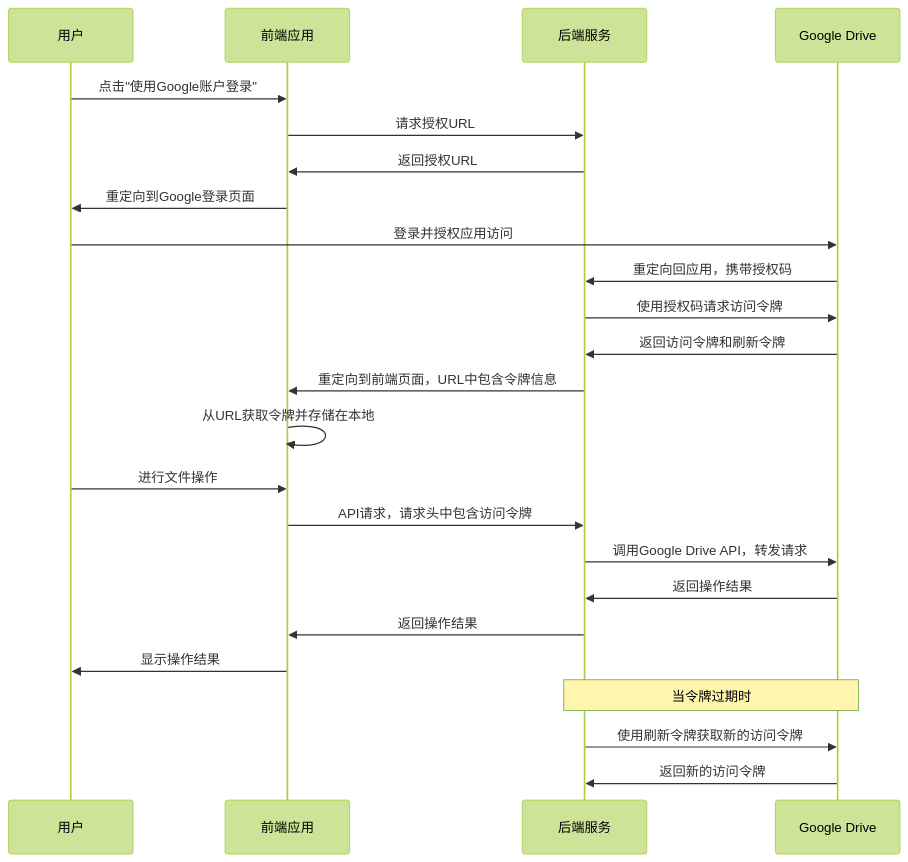
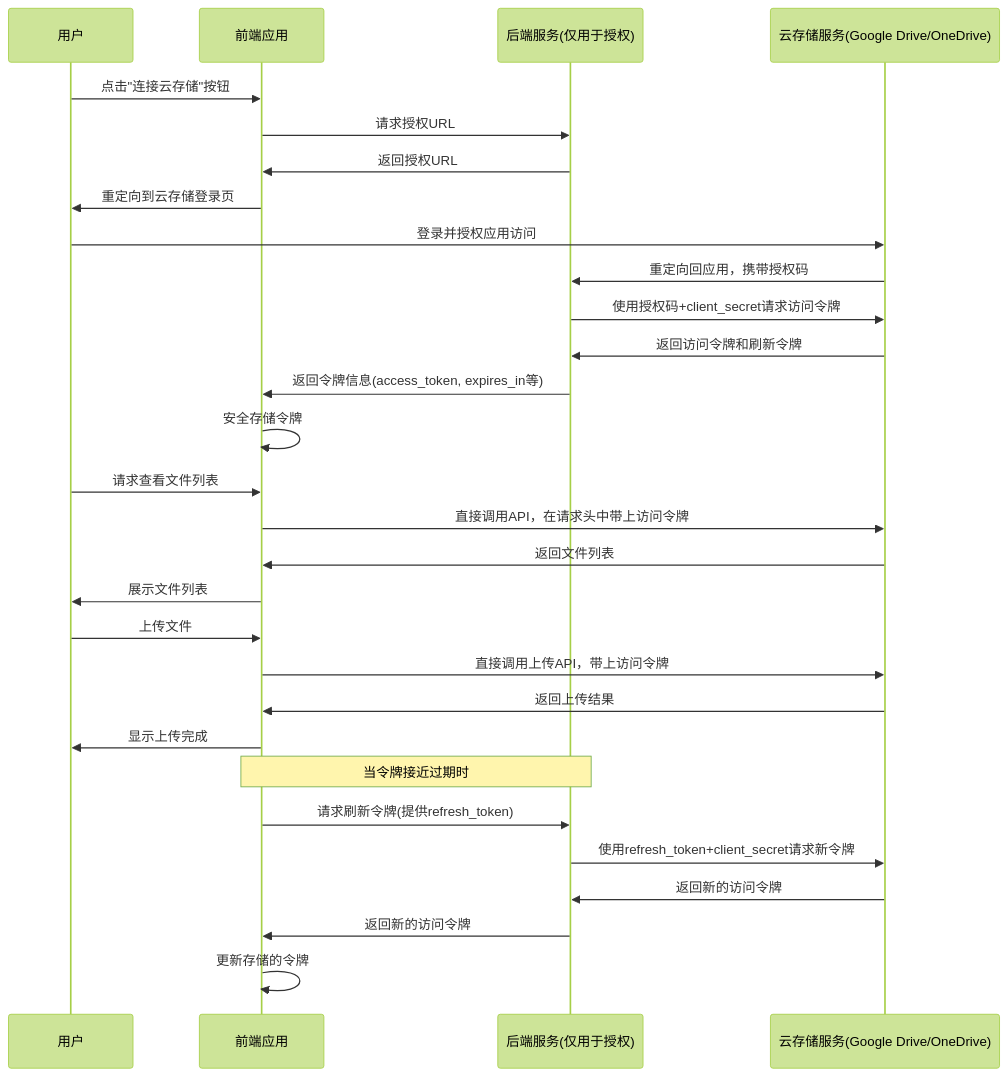
The diagram in all/未命名-40.md (yingjianzh/iodraw-files), drawn with Mermaid (forest theme) before and after one commit.

Commit message:
2025-04-23 14:50:02 update

````diff
--- a/all/未命名-40.md
+++ b/all/未命名-40.md
@@ -1,28 +1,39 @@
 ```mermaid
 sequenceDiagram
     participant 用户
     participant 前端 as 前端应用
-    participant 后端 as 后端服务
-    participant GD as Google Drive
+    participant 后端 as 后端服务(仅用于授权)
+    participant 云存储 as 云存储服务(Google Drive/OneDrive)
 
-    用户->>前端: 点击"使用Google账户登录"
+    %% 授权阶段 - 需要后端配合
+    用户->>前端: 点击"连接云存储"按钮
     前端->>后端: 请求授权URL
     后端->>前端: 返回授权URL
-    前端->>用户: 重定向到Google登录页面
-    用户->>GD: 登录并授权应用访问
-    GD->>后端: 重定向回应用，携带授权码
-    后端->>GD: 使用授权码请求访问令牌
-    GD->>后端: 返回访问令牌和刷新令牌
-    后端->>前端: 重定向到前端页面，URL中包含令牌信息
-    前端->>前端: 从URL获取令牌并存储在本地
-    用户->>前端: 进行文件操作
-    前端->>后端: API请求，请求头中包含访问令牌
-    后端->>GD: 调用Google Drive API，转发请求
-    GD->>后端: 返回操作结果
-    后端->>前端: 返回操作结果
-    前端->>用户: 显示操作结果
+    前端->>用户: 重定向到云存储登录页
+    用户->>云存储: 登录并授权应用访问
+    云存储->>后端: 重定向回应用，携带授权码
+    后端->>云存储: 使用授权码+client_secret请求访问令牌
+    云存储->>后端: 返回访问令牌和刷新令牌
+    后端->>前端: 返回令牌信息(access_token, expires_in等)
+    前端->>前端: 安全存储令牌
 
-    Note over 后端,GD: 当令牌过期时
-    后端->>GD: 使用刷新令牌获取新的访问令牌
-    GD->>后端: 返回新的访问令牌
+    %% 使用阶段 - 前端直接调用云存储API
+    用户->>前端: 请求查看文件列表
+    前端->>云存储: 直接调用API，在请求头中带上访问令牌
+    云存储->>前端: 返回文件列表
+    前端->>用户: 展示文件列表
+
+    %% 上传文件
+    用户->>前端: 上传文件
+    前端->>云存储: 直接调用上传API，带上访问令牌
+    云存储->>前端: 返回上传结果
+    前端->>用户: 显示上传完成
+
+    %% 令牌刷新 - 仍需后端配合
+    note over 前端,后端: 当令牌接近过期时
+    前端->>后端: 请求刷新令牌(提供refresh_token)
+    后端->>云存储: 使用refresh_token+client_secret请求新令牌
+    云存储->>后端: 返回新的访问令牌
+    后端->>前端: 返回新的访问令牌
+    前端->>前端: 更新存储的令牌
 ```
````
